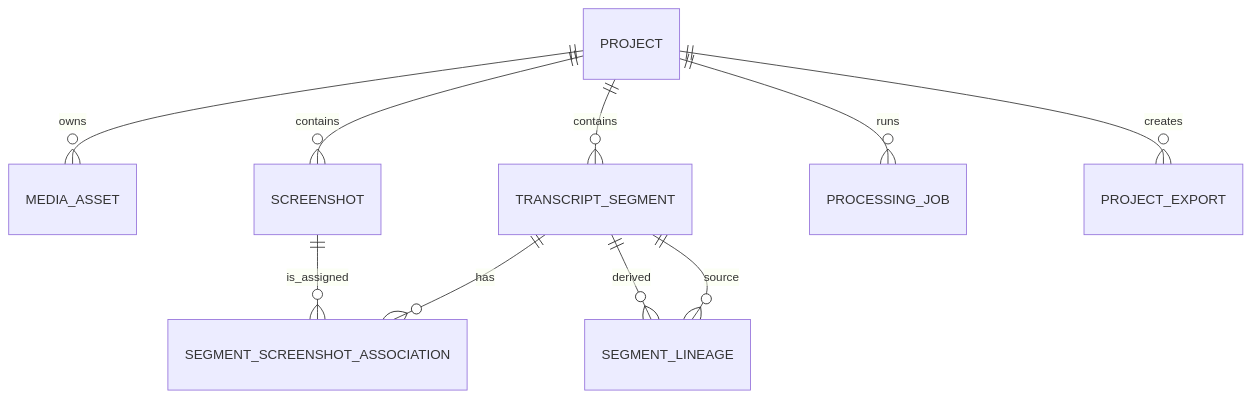
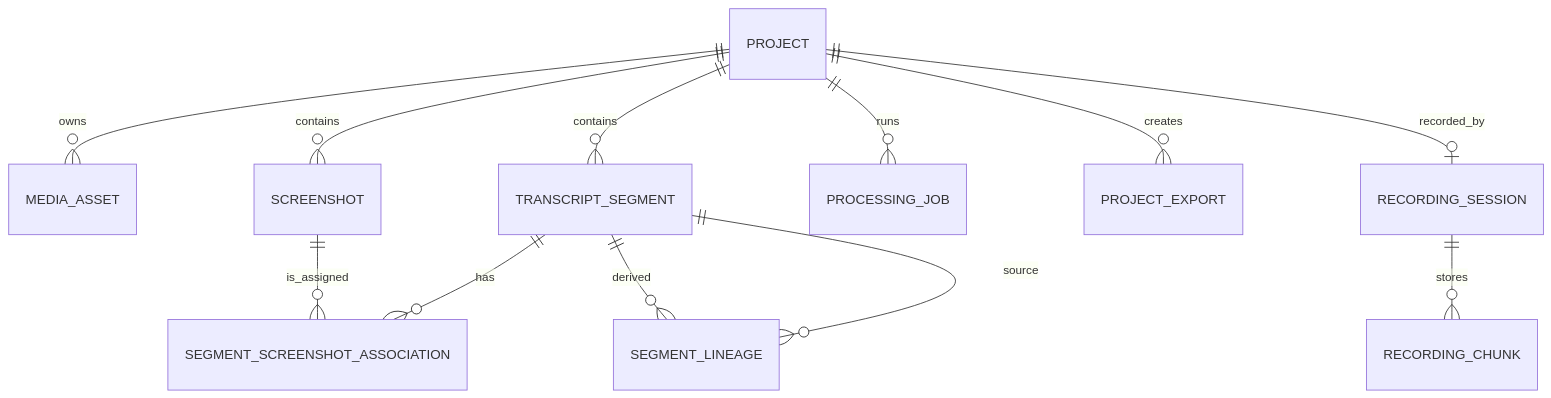
One commit to AjimuZ/narrastep changed the diagram in docs/DATA_MODEL.md. Above: the diagram before and after it, drawn with Mermaid. The commit also changed other lines of this file and 26 other files, not shown here.

First line of the commit message:
Add recording session API with per-track chunks, resume and discard

````diff
--- a/docs/DATA_MODEL.md
+++ b/docs/DATA_MODEL.md
@@ -5,12 +5,14 @@
 ```mermaid
 erDiagram
     PROJECT ||--o{ MEDIA_ASSET : owns
     PROJECT ||--o{ TRANSCRIPT_SEGMENT : contains
     PROJECT ||--o{ SCREENSHOT : contains
     PROJECT ||--o{ PROCESSING_JOB : runs
     PROJECT ||--o{ PROJECT_EXPORT : creates
+    PROJECT ||--o| RECORDING_SESSION : recorded_by
+    RECORDING_SESSION ||--o{ RECORDING_CHUNK : stores
     TRANSCRIPT_SEGMENT ||--o{ SEGMENT_SCREENSHOT_ASSOCIATION : has
     SCREENSHOT ||--o{ SEGMENT_SCREENSHOT_ASSOCIATION : is_assigned
     TRANSCRIPT_SEGMENT ||--o{ SEGMENT_LINEAGE : source
     TRANSCRIPT_SEGMENT ||--o{ SEGMENT_LINEAGE : derived
 ```
````
